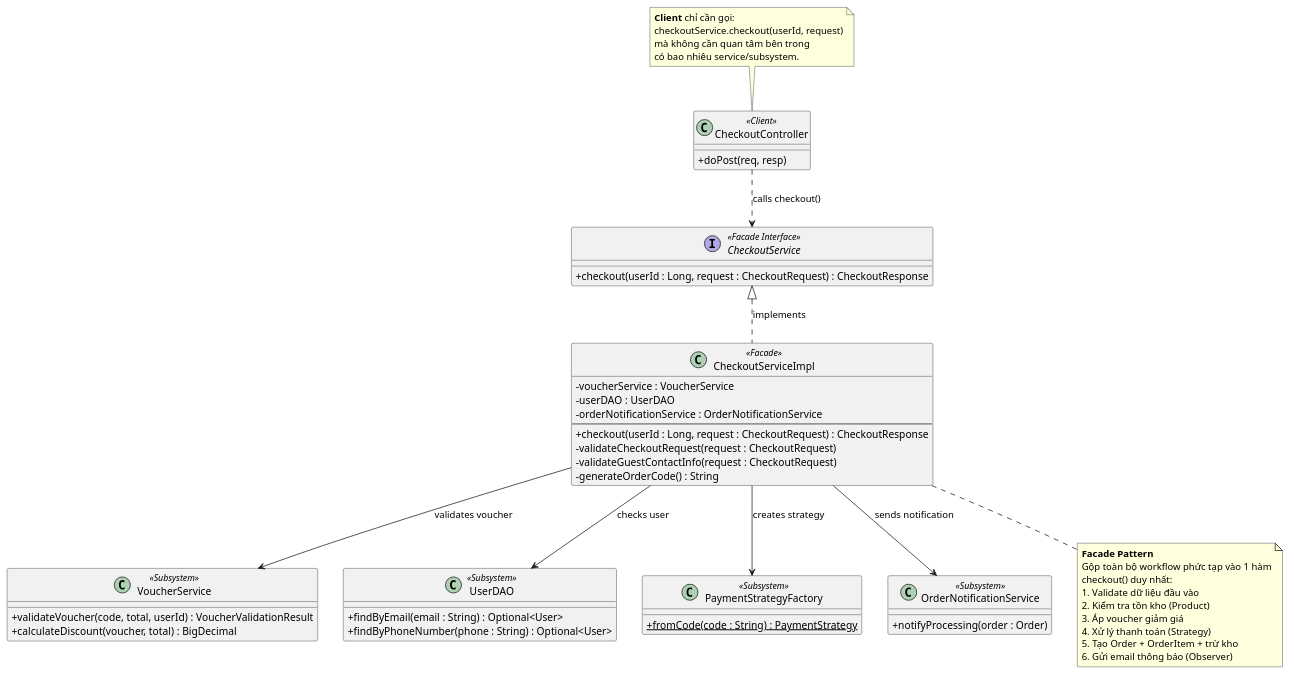
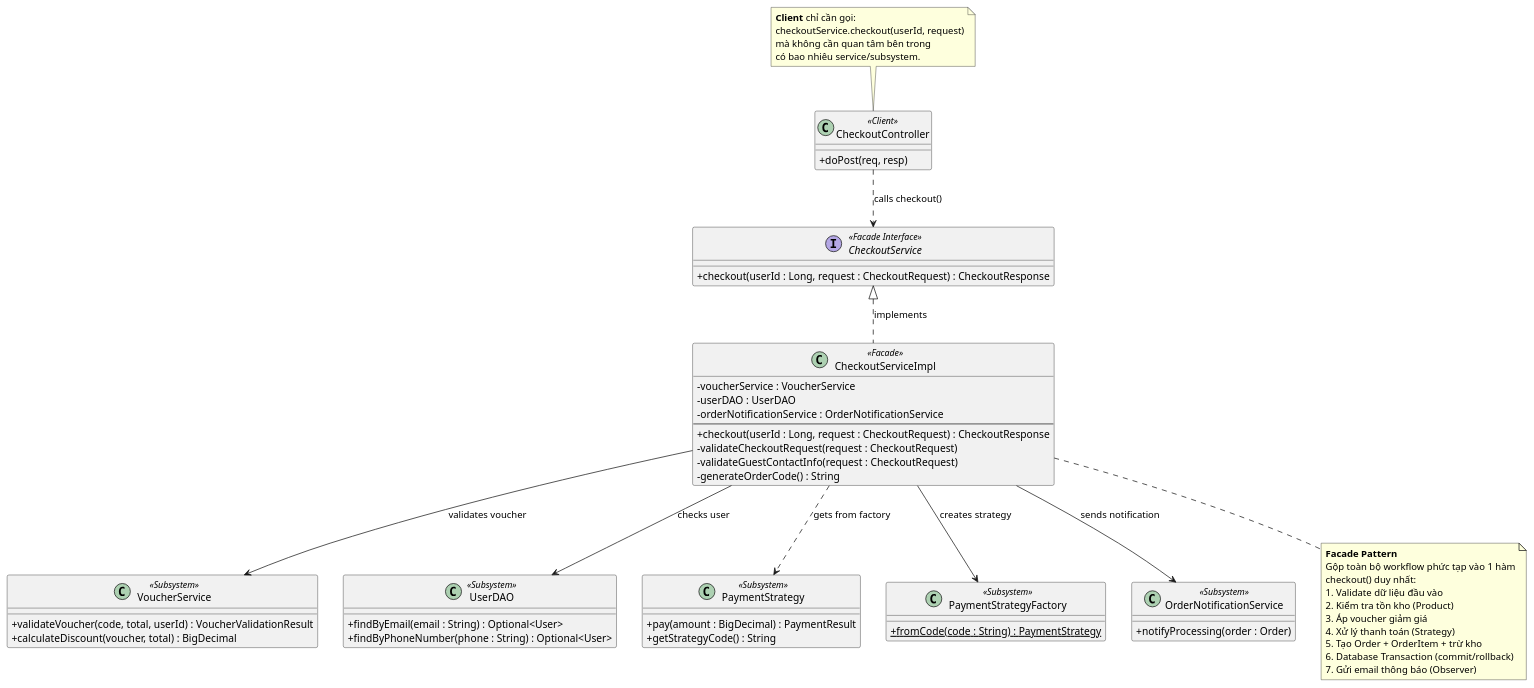
One commit to trihieuvo/justFUML changed the diagram in src/Hieu_Pattern_Puml/facade_checkout.puml. Above: the diagram before and after it, drawn with PlantUML. The commit also changed 4 other files, not shown here.

First line of the commit message:
Update PlantUML diagrams for auth/checkout/payment

```diff
--- a/src/Hieu_Pattern_Puml/facade_checkout.puml
+++ b/src/Hieu_Pattern_Puml/facade_checkout.puml
@@ -1,72 +1,79 @@
 @startuml
 skinparam ClassAttributeIconSize 0
 
 ' --- Facade ---
 interface CheckoutService <<Facade Interface>> {
     + checkout(userId : Long, request : CheckoutRequest) : CheckoutResponse
 }
 
 class CheckoutServiceImpl <<Facade>> {
     - voucherService : VoucherService
     - userDAO : UserDAO
     - orderNotificationService : OrderNotificationService
     --
     + checkout(userId : Long, request : CheckoutRequest) : CheckoutResponse
     - validateCheckoutRequest(request : CheckoutRequest)
     - validateGuestContactInfo(request : CheckoutRequest)
     - generateOrderCode() : String
 }
 
 ' --- Subsystem Classes ---
 class VoucherService <<Subsystem>> {
     + validateVoucher(code, total, userId) : VoucherValidationResult
     + calculateDiscount(voucher, total) : BigDecimal
 }
 
 class UserDAO <<Subsystem>> {
-    + findByEmail(email : String) : Optional<User>
-    + findByPhoneNumber(phone : String) : Optional<User>
+  + findByEmail(email : String) : Optional<User>
+  + findByPhoneNumber(phone : String) : Optional<User>
+}
+
+class PaymentStrategy <<Subsystem>> {
+  + pay(amount : BigDecimal) : PaymentResult
+  + getStrategyCode() : String
 }
 
 class PaymentStrategyFactory <<Subsystem>> {
-    + {static} fromCode(code : String) : PaymentStrategy
+  + {static} fromCode(code : String) : PaymentStrategy
 }
 
 class OrderNotificationService <<Subsystem>> {
     + notifyProcessing(order : Order)
 }
 
 ' --- Client ---
 class CheckoutController <<Client>> {
     + doPost(req, resp)
 }
 
 ' --- Relationships ---
 CheckoutService <|.. CheckoutServiceImpl : "implements"
 CheckoutServiceImpl --> VoucherService : "validates voucher"
 CheckoutServiceImpl --> UserDAO : "checks user"
 CheckoutServiceImpl --> PaymentStrategyFactory : "creates strategy"
 CheckoutServiceImpl --> OrderNotificationService : "sends notification"
+CheckoutServiceImpl ..> PaymentStrategy : "gets from factory"
 CheckoutController ..> CheckoutService : "calls checkout()"
 
 ' --- Notes ---
 note bottom of CheckoutServiceImpl
   **Facade Pattern**
   Gộp toàn bộ workflow phức tạp vào 1 hàm
   checkout() duy nhất:
   1. Validate dữ liệu đầu vào
   2. Kiểm tra tồn kho (Product)
   3. Áp voucher giảm giá
   4. Xử lý thanh toán (Strategy)
   5. Tạo Order + OrderItem + trừ kho
-  6. Gửi email thông báo (Observer)
+  6. Database Transaction (commit/rollback)
+  7. Gửi email thông báo (Observer)
 end note
 
 note top of CheckoutController
   **Client** chỉ cần gọi: 
   checkoutService.checkout(userId, request)
   mà không cần quan tâm bên trong 
   có bao nhiêu service/subsystem.
 end note
 
 @enduml
```
